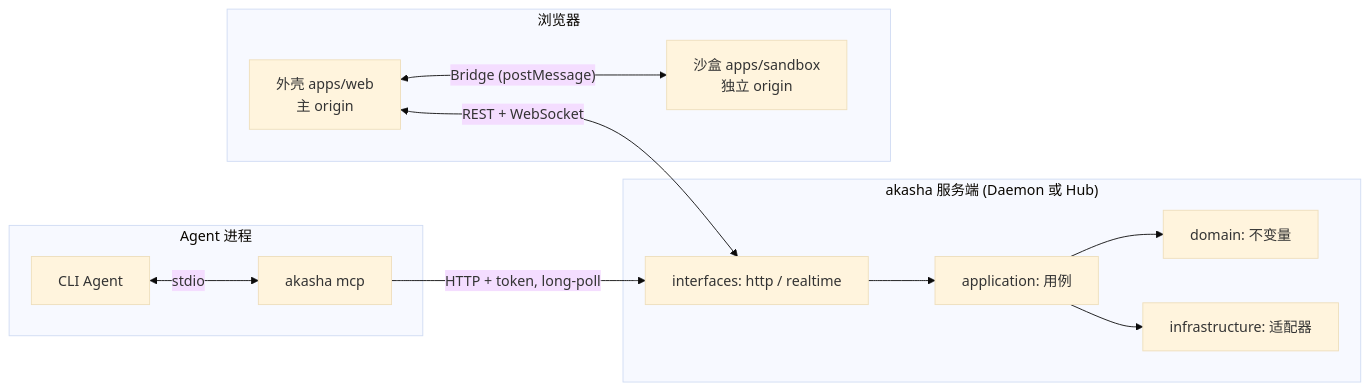
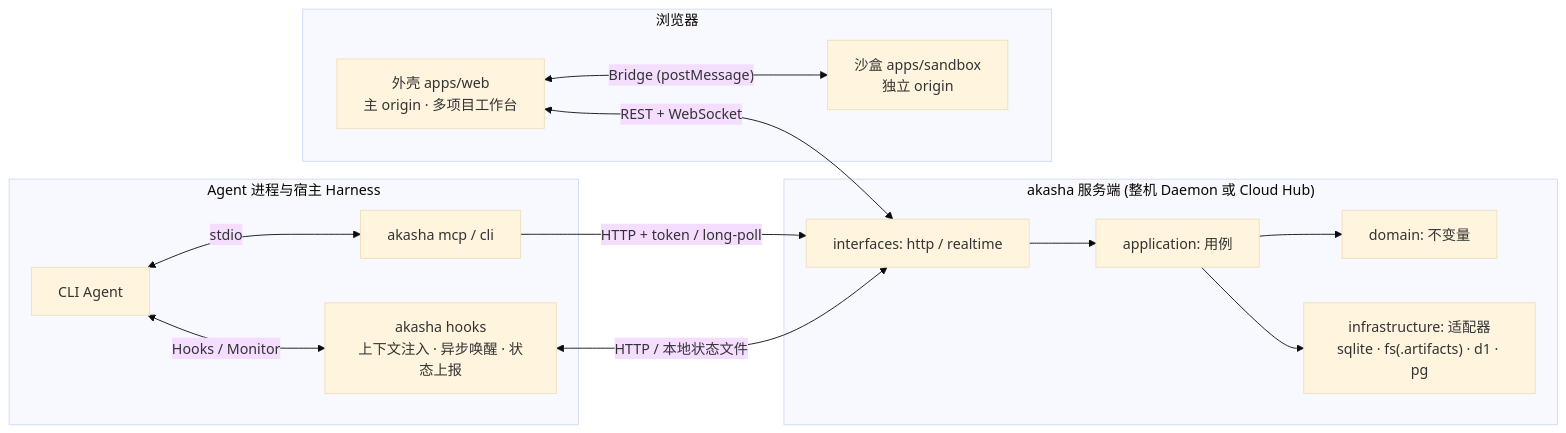
One commit to VOD-Studio/akasha-artifacts changed the second of 6 diagrams in docs/design/architecture.md. Above: the diagram before and after it, drawn with Mermaid (base theme). The commit also changed other lines of this file and 1 other file, not shown here.

````diff
--- a/docs/design/architecture.md
+++ b/docs/design/architecture.md
@@ -161,24 +184,26 @@
 ```mermaid
 flowchart LR
-    subgraph AgentProc["Agent 进程"]
-        A["CLI Agent"] <-->|stdio| M["akasha mcp"]
+    subgraph AgentProc["Agent 进程与宿主 Harness"]
+        A["CLI Agent"] <-->|stdio| M["akasha mcp / cli"]
+        A <-->|"Hooks / Monitor"| H["akasha hooks<br/>上下文注入 · 异步唤醒 · 状态上报"]
     end
 
-    subgraph Server["akasha 服务端 (Daemon 或 Hub)"]
+    subgraph Server["akasha 服务端 (整机 Daemon 或 Cloud Hub)"]
         IF["interfaces: http / realtime"]
         AP["application: 用例"]
         DO["domain: 不变量"]
-        IN["infrastructure: 适配器"]
+        IN["infrastructure: 适配器<br/>sqlite · fs(.artifacts) · d1 · pg"]
         IF --> AP --> DO
         AP --> IN
     end
 
     subgraph Browser["浏览器"]
-        SH["外壳 apps/web<br/>主 origin"]
+        SH["外壳 apps/web<br/>主 origin · 多项目工作台"]
         SB["沙盒 apps/sandbox<br/>独立 origin"]
         SH <-->|"Bridge (postMessage)"| SB
     end
 
-    M -->|"HTTP + token, long-poll"| IF
+    M -->|"HTTP + token / long-poll"| IF
+    H <-->|"HTTP / 本地状态文件"| IF
     SH <-->|"REST + WebSocket"| IF
 ```
````
